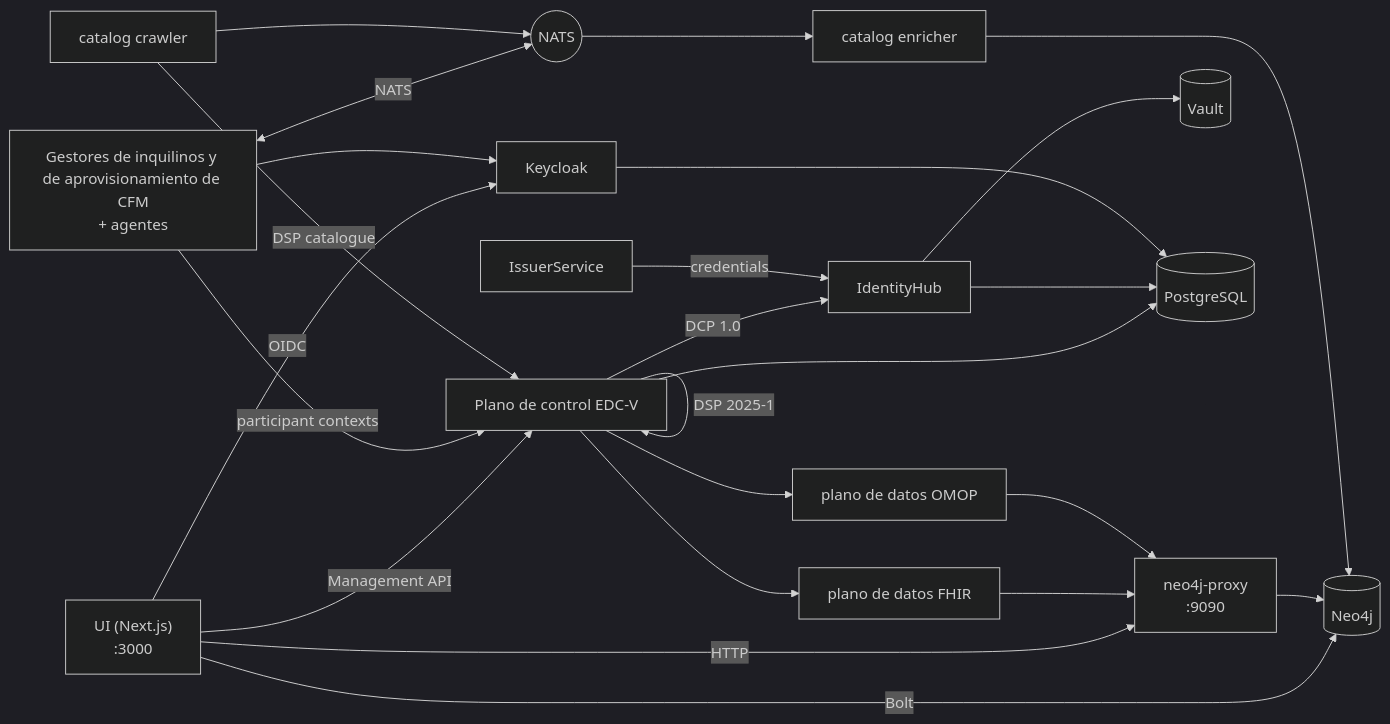
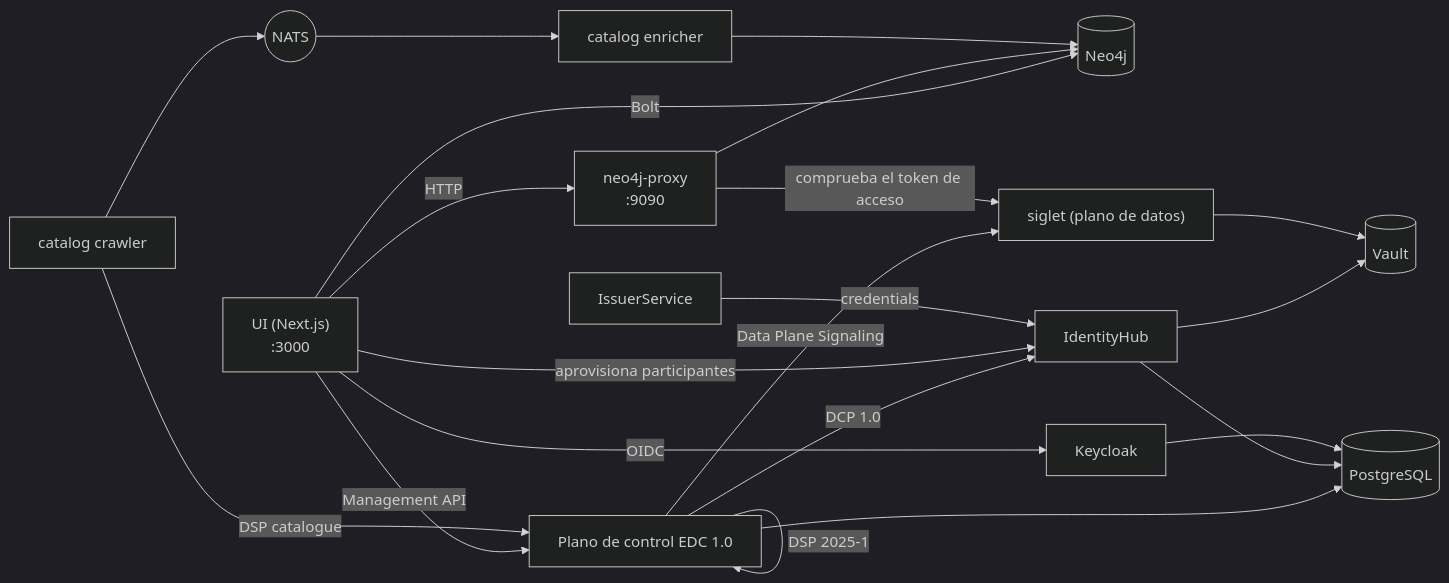
The diagram in docs/i18n/es/developer/stack-and-environment.md (ma3u/MinimumViableHealthDataspacev2), drawn with Mermaid (dark theme) before and after one commit. The commit also changed other lines of this file and 56 other files, not shown here.

````diff
--- a/docs/i18n/es/developer/stack-and-environment.md
+++ b/docs/i18n/es/developer/stack-and-environment.md
@@ -64,26 +64,23 @@
 ```mermaid
 flowchart LR
     UI["UI (Next.js)<br/>:3000"] -->|Bolt| NEO[(Neo4j)]
     UI -->|HTTP| PROXY["neo4j-proxy<br/>:9090"]
-    UI -->|Management API| CP["Plano de control EDC-V"]
+    UI -->|Management API| CP["Plano de control EDC 1.0"]
     UI -->|OIDC| KC["Keycloak"]
     PROXY --> NEO
     CP -->|DSP 2025-1| CP
-    CP --> DPF["plano de datos FHIR"]
-    CP --> DPO["plano de datos OMOP"]
-    DPF --> PROXY
-    DPO --> PROXY
+    CP -->|Data Plane Signaling| SIG["siglet (plano de datos)"]
+    PROXY -->|comprueba el token de acceso| SIG
     CP -->|DCP 1.0| IH["IdentityHub"]
+    UI -->|aprovisiona participantes| IH
     IS["IssuerService"] -->|credentials| IH
     IH --> VAULT[("Vault")]
-    CFM["Gestores de inquilinos y de aprovisionamiento de CFM<br/>+ agentes"] -->|participant contexts| CP
-    CFM --> KC
-    CFM <-->|NATS| NATS(("NATS"))
+    SIG --> VAULT
     CRAWL["catalog crawler"] -->|DSP catalogue| CP
-    CRAWL --> NATS
+    CRAWL --> NATS(("NATS"))
     NATS --> ENR["catalog enricher"]
     ENR --> NEO
     CP --> PG[("PostgreSQL")]
     IH --> PG
     KC --> PG
 ```
````
